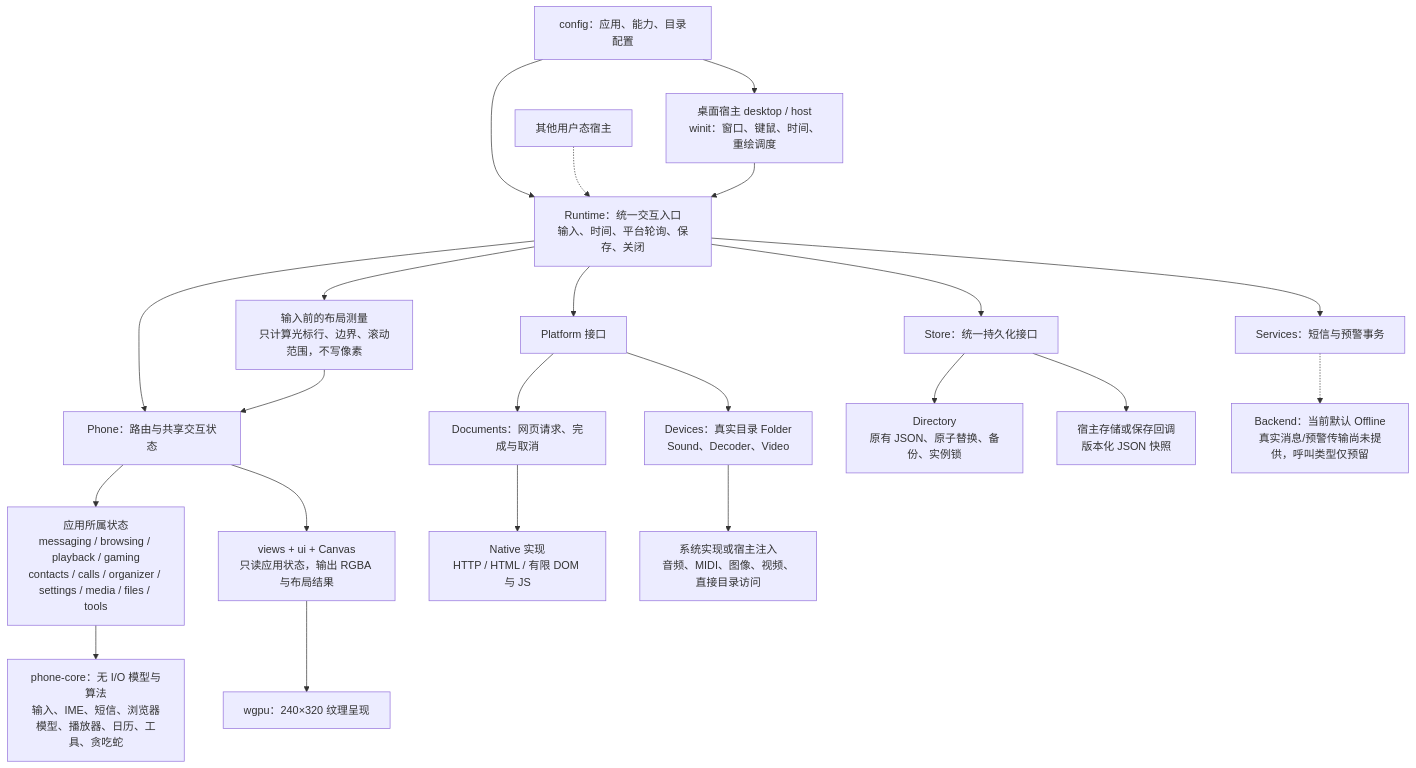
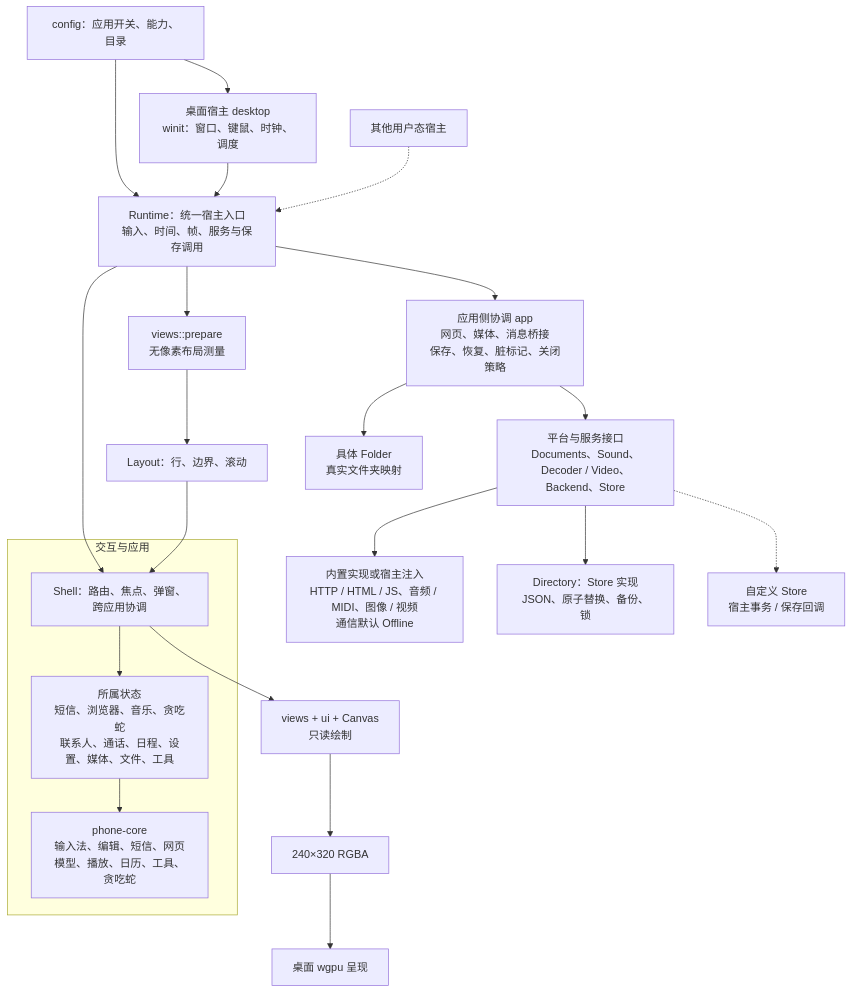
One commit to shiftz300/ta-1278 changed the first of 2 diagrams in docs/overview.md. Above: the diagram before and after it, drawn with Mermaid. The commit also changed other lines of this file and 159 other files, not shown here.

First line of the commit message:
Release 0.2.4: streamline shell, shrink resources and play MIDI

````diff
--- a/docs/overview.md
+++ b/docs/overview.md
@@ -5,24 +5,23 @@
 ```mermaid
 flowchart TB
-    Config["config：应用、能力、目录配置"] --> Host["桌面宿主 desktop / host<br/>winit：窗口、键鼠、时间、重绘调度"]
-    Config --> Runtime["Runtime：统一交互入口<br/>输入、时间、平台轮询、保存、关闭"]
-    Embed["其他用户态宿主"] -.-> Runtime
-    Host --> Runtime
-    Runtime --> Phone["Phone：路由与共享交互状态"]
-    Phone --> Apps["应用所属状态<br/>messaging / browsing / playback / gaming<br/>contacts / calls / organizer / settings / media / files / tools"]
-    Apps --> Core["phone-core：无 I/O 模型与算法<br/>输入、IME、短信、浏览器模型、播放器、日历、工具、贪吃蛇"]
-    Runtime --> Layout["输入前的布局测量<br/>只计算光标行、边界、滚动范围，不写像素"]
-    Layout --> Phone
-    Phone --> View["views + ui + Canvas<br/>只读应用状态，输出 RGBA 与布局结果"]
-    View --> GPU["wgpu：240×320 纹理呈现"]
-    Runtime --> Ports["Platform 接口"]
-    Ports --> Docs["Documents：网页请求、完成与取消"]
-    Ports --> Devices["Devices：真实目录 Folder<br/>Sound、Decoder、Video"]
-    Docs --> Native["Native 实现<br/>HTTP / HTML / 有限 DOM 与 JS"]
-    Devices --> System["系统实现或宿主注入<br/>音频、MIDI、图像、视频、直接目录访问"]
-    Runtime --> Store["Store：统一持久化接口"]
-    Store --> Directory["Directory<br/>原有 JSON、原子替换、备份、实例锁"]
-    Store --> Snapshot["宿主存储或保存回调<br/>版本化 JSON 快照"]
-    Runtime --> Services["Services：短信与预警事务"]
-    Services -.-> Backend["Backend：当前默认 Offline<br/>真实消息/预警传输尚未提供，呼叫类型仅预留"]
+    Config["config：应用开关、能力、目录"] --> Desktop
+    Config --> Runtime
+    Desktop["桌面宿主 desktop<br/>winit：窗口、键鼠、时钟、调度"] --> Runtime
+    Embedded["其他用户态宿主"] -.-> Runtime
+    Runtime["Runtime：统一宿主入口<br/>输入、时间、帧、服务与保存调用"] --> Shell
+    subgraph App["交互与应用"]
+        Shell["Shell：路由、焦点、弹窗、跨应用协调"] --> States
+        States["所属状态<br/>短信、浏览器、音乐、贪吃蛇<br/>联系人、通话、日程、设置、媒体、文件、工具"] --> Core
+        Core["phone-core<br/>输入法、编辑、短信、网页模型、播放、日历、工具、贪吃蛇"]
+    end
+    Runtime --> Measure["views::prepare<br/>无像素布局测量"]
+    Measure --> Geometry["Layout：行、边界、滚动"] --> Shell
+    Shell --> Paint["views + ui + Canvas<br/>只读绘制"]
+    Paint --> Frame["240×320 RGBA"] --> GPU["桌面 wgpu 呈现"]
+    Runtime --> Bridge["应用侧协调 app<br/>网页、媒体、消息桥接<br/>保存、恢复、脏标记、关闭策略"]
+    Bridge --> Ports["平台与服务接口<br/>Documents、Sound、Decoder / Video、Backend、Store"]
+    Bridge --> Folder["具体 Folder<br/>真实文件夹映射"]
+    Ports --> Adapters["内置实现或宿主注入<br/>HTTP / HTML / JS、音频 / MIDI、图像 / 视频<br/>通信默认 Offline"]
+    Ports --> Directory["Directory：Store 实现<br/>JSON、原子替换、备份、锁"]
+    Ports -.-> Custom["自定义 Store<br/>宿主事务 / 保存回调"]
 ```
````
